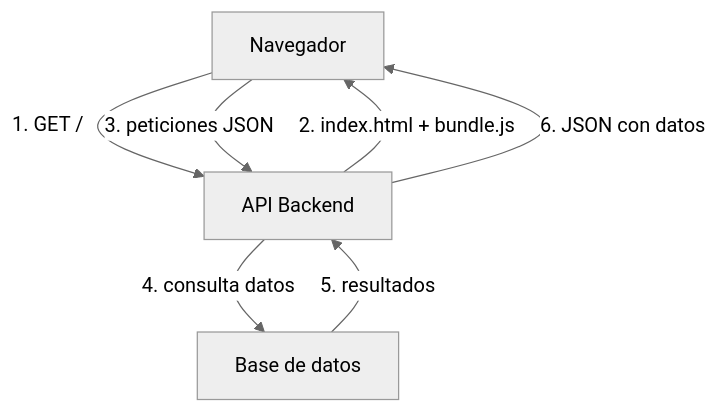
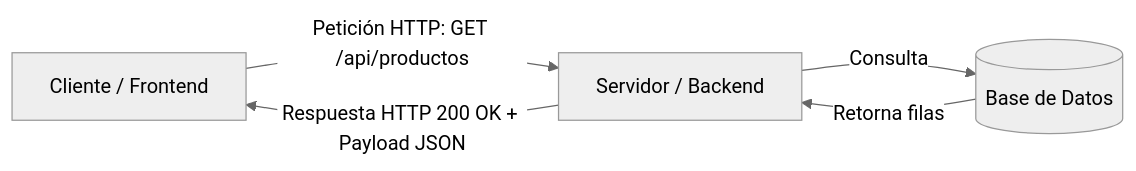
The sixth of 13 diagrams in docs/u01/index.md (ATorresCode/dwes), drawn with Mermaid (neutral theme) before and after one commit. The commit also changed other lines of this file and 5 other files, not shown here.

````diff
--- a/docs/u01/index.md
+++ b/docs/u01/index.md
@@ -225,13 +276,7 @@
 ```mermaid
-graph TD
-  browser[Navegador]
-  api[API Backend]
-  database[Base de datos]
-
-  browser -->|1. GET /| api
-  api -->|2. index.html + bundle.js| browser
-  browser -->|3. peticiones JSON| api
-  api -->|4. consulta datos| database
-  database -->|5. resultados| api
-  api -->|6. JSON con datos| browser
+graph LR
+    Cliente[Cliente / Frontend] -->|Petición HTTP: GET /api/productos| Server[Servidor / Backend]
+    Server -->|Consulta| DB[(Base de Datos)]
+    DB -->|Retorna filas| Server
+    Server -->|Respuesta HTTP 200 OK + Payload JSON| Cliente
 ```
````
